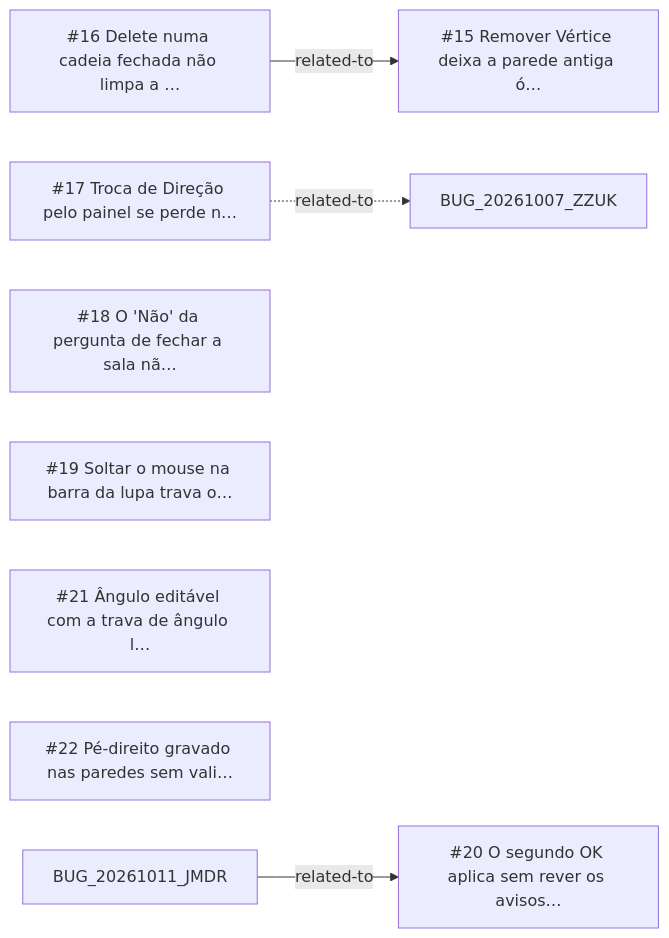
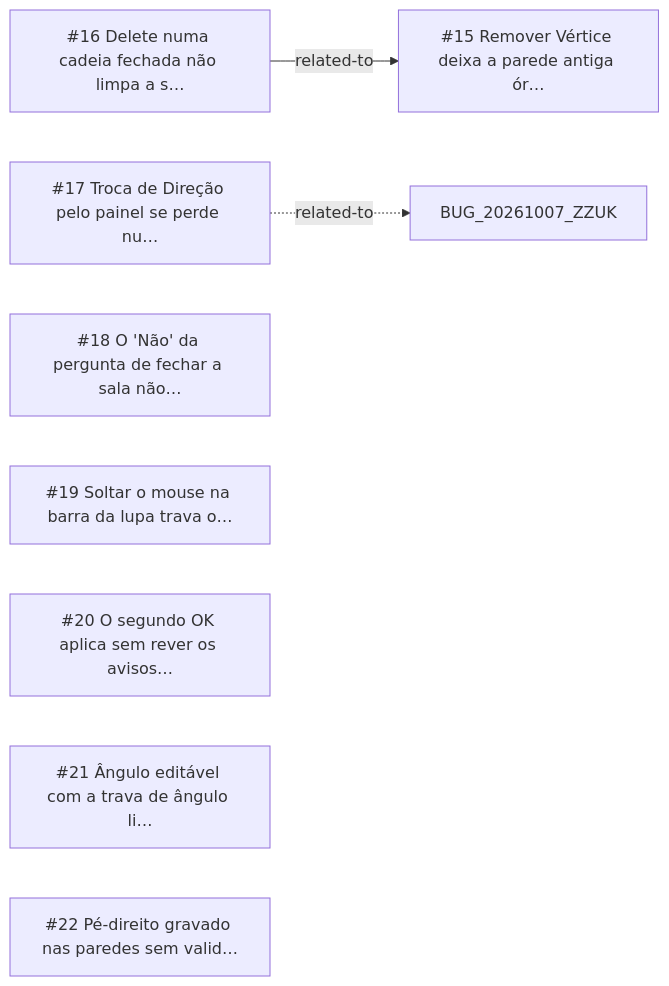
Before and after one commit to CAFFDIGITALPLATFORM/caffmob_draw: the diagram in _reversa_bugs/walls2d/generated/graph.md, drawn with Mermaid. The commit also changed other lines of this file and 220 other files, not shown here.

````diff
--- a/_reversa_bugs/walls2d/generated/graph.md
+++ b/_reversa_bugs/walls2d/generated/graph.md
@@ -5,14 +5,13 @@
 ```mermaid
 graph LR
-  BUG_20261011_TLPN["#15 Remover Vértice deixa a parede antiga ó…"]
-  BUG_20261011_GKUE["#16 Delete numa cadeia fechada não limpa a …"]
-  BUG_20261011_YAVM["#17 Troca de Direção pelo painel se perde n…"]
-  BUG_20261011_LT3C["#18 O 'Não' da pergunta de fechar a sala nã…"]
+  BUG_20261011_TLPN["#15 Remover Vértice deixa a parede antiga ór…"]
+  BUG_20261011_GKUE["#16 Delete numa cadeia fechada não limpa a s…"]
+  BUG_20261011_YAVM["#17 Troca de Direção pelo painel se perde nu…"]
+  BUG_20261011_LT3C["#18 O 'Não' da pergunta de fechar a sala não…"]
   BUG_20261011_624G["#19 Soltar o mouse na barra da lupa trava o…"]
   BUG_20261011_XMZM["#20 O segundo OK aplica sem rever os avisos…"]
-  BUG_20261011_PJJU["#21 Ângulo editável com a trava de ângulo l…"]
-  BUG_20261011_Z2BL["#22 Pé-direito gravado nas paredes sem vali…"]
-  BUG_20261011_JMDR -->|related-to| BUG_20261011_XMZM
+  BUG_20261011_PJJU["#21 Ângulo editável com a trava de ângulo li…"]
+  BUG_20261011_Z2BL["#22 Pé-direito gravado nas paredes sem valid…"]
   BUG_20261011_GKUE -->|related-to| BUG_20261011_TLPN
   BUG_20261011_YAVM -.->|related-to| BUG_20261007_ZZUK
 ```
````
